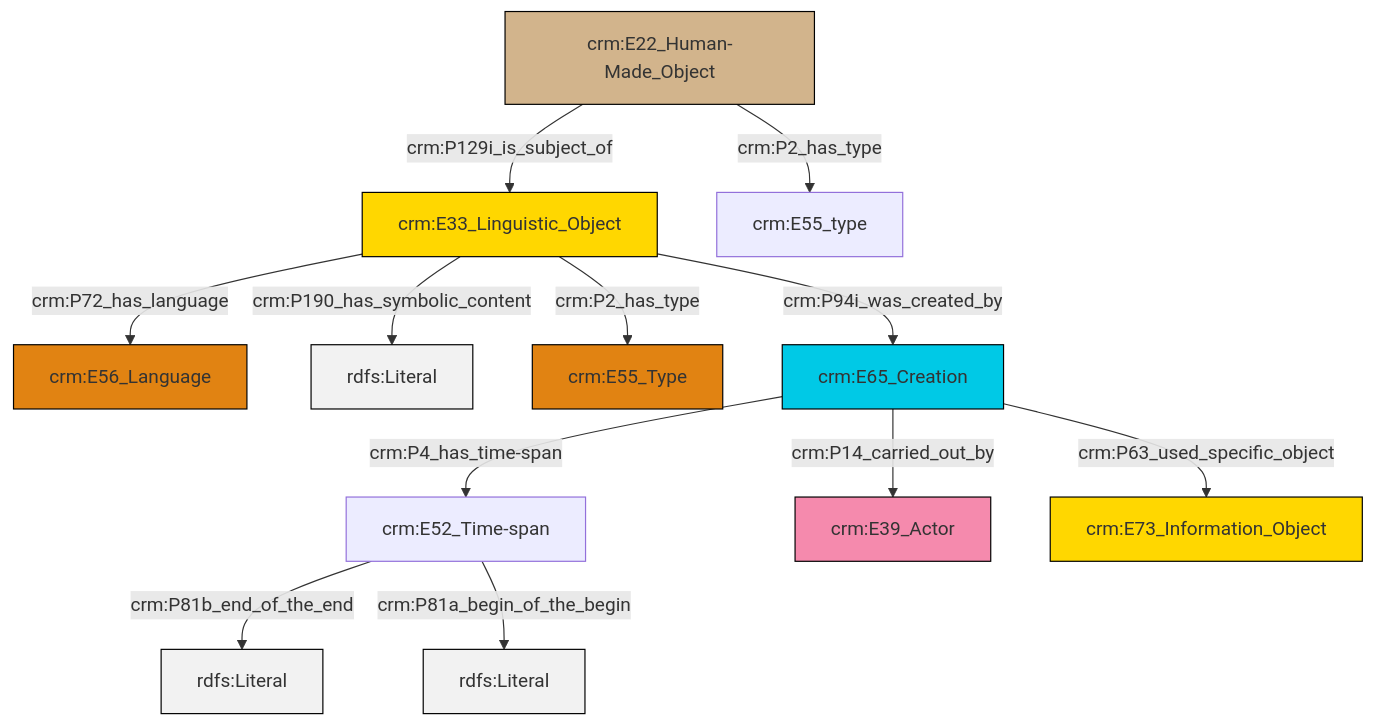
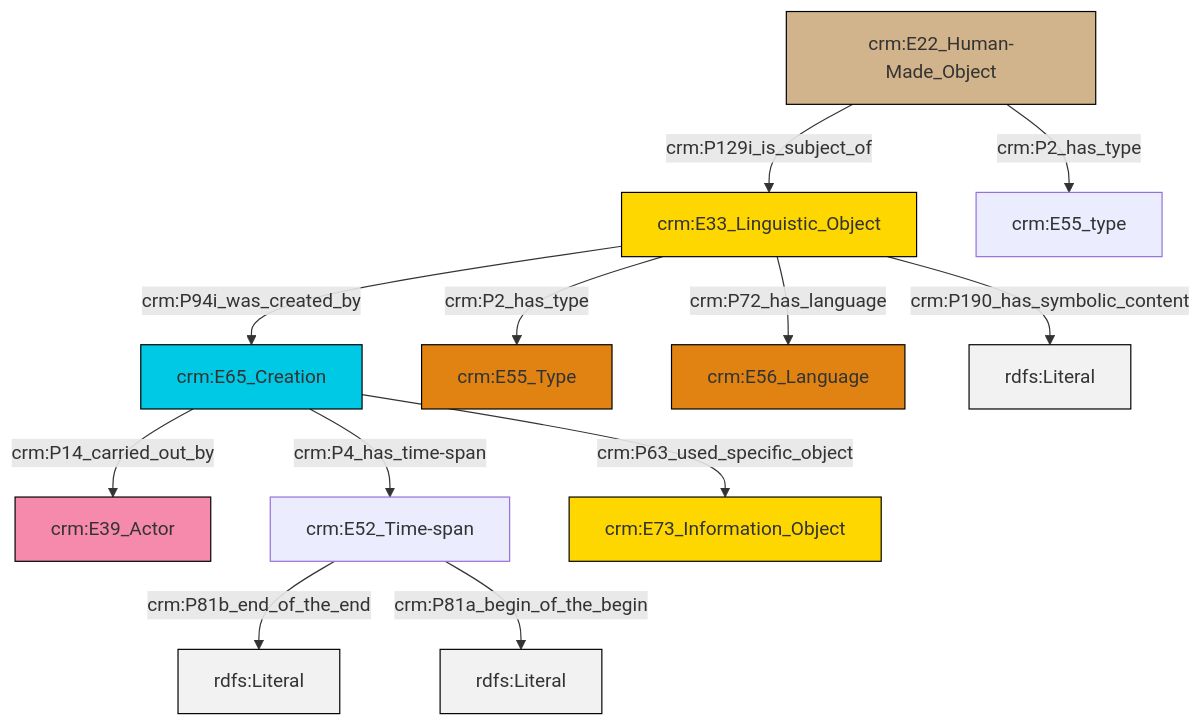
The diagram in et/artworkCSV/ttl/mmd/Artwork_Description.ttl.mmd (swiss-art-research-net/docs.swissartresearch), drawn with Mermaid before and after one commit. The commit also changed 205 other files, not shown here.

```diff
--- a/et/artworkCSV/ttl/mmd/Artwork_Description.ttl.mmd
+++ b/et/artworkCSV/ttl/mmd/Artwork_Description.ttl.mmd
@@ -1,26 +1,26 @@
 graph TD
 classDef Literal fill:#f2f2f2,stroke:#000000;
 classDef CRM_Entity fill:#FFFFFF,stroke:#000000;
 classDef Temporal_Entity fill:#00C9E6, stroke:#000000;
 classDef Type fill:#E18312, stroke:#000000;
 classDef Time-Span fill:#2C9C91, stroke:#000000;
 classDef Appellation fill:#FFEB7F, stroke:#000000;
 classDef Place fill:#008836, stroke:#000000;
 classDef Persistent_Item fill:#B266B2, stroke:#000000;
 classDef Conceptual_Object fill:#FFD700, stroke:#000000;
 classDef Physical_Thing fill:#D2B48C, stroke:#000000;
 classDef Actor fill:#f58aad, stroke:#000000;
 classDef PC_Classes fill:#4ce600, stroke:#000000;
 classDef Multi fill:#cccccc,stroke:#000000;
 
-2["crm:E22_Human-Made_Object"]:::Physical_Thing -->|crm:P2_has_type| 3["crm:E55_type"]:::Default
-0["crm:E33_Linguistic_Object"]:::Conceptual_Object -->|crm:P72_has_language| 4["crm:E56_Language"]:::Type
-0["crm:E33_Linguistic_Object"]:::Conceptual_Object -->|crm:P190_has_symbolic_content| 5[rdfs:Literal]:::Literal
-6["crm:E52_Time-span"]:::Default -->|crm:P81b_end_of_the_end| 7[rdfs:Literal]:::Literal
-6["crm:E52_Time-span"]:::Default -->|crm:P81a_begin_of_the_begin| 8[rdfs:Literal]:::Literal
-11["crm:E65_Creation"]:::Temporal_Entity -->|crm:P14_carried_out_by| 12["crm:E39_Actor"]:::Actor
-0["crm:E33_Linguistic_Object"]:::Conceptual_Object -->|crm:P94i_was_created_by| 11["crm:E65_Creation"]:::Temporal_Entity
-11["crm:E65_Creation"]:::Temporal_Entity -->|crm:P63_used_specific_object| 13["crm:E73_Information_Object"]:::Conceptual_Object
-2["crm:E22_Human-Made_Object"]:::Physical_Thing -->|crm:P129i_is_subject_of| 0["crm:E33_Linguistic_Object"]:::Conceptual_Object
-11["crm:E65_Creation"]:::Temporal_Entity -->|crm:P4_has_time-span| 6["crm:E52_Time-span"]:::Default
-0["crm:E33_Linguistic_Object"]:::Conceptual_Object -->|crm:P2_has_type| 9["crm:E55_Type"]:::Type
+0["crm:E33_Linguistic_Object"]:::Conceptual_Object -->|crm:P94i_was_created_by| 1["crm:E65_Creation"]:::Temporal_Entity
+1["crm:E65_Creation"]:::Temporal_Entity -->|crm:P14_carried_out_by| 2["crm:E39_Actor"]:::Actor
+0["crm:E33_Linguistic_Object"]:::Conceptual_Object -->|crm:P2_has_type| 11["crm:E55_Type"]:::Type
+7["crm:E22_Human-Made_Object"]:::Physical_Thing -->|crm:P129i_is_subject_of| 0["crm:E33_Linguistic_Object"]:::Conceptual_Object
+0["crm:E33_Linguistic_Object"]:::Conceptual_Object -->|crm:P72_has_language| 12["crm:E56_Language"]:::Type
+1["crm:E65_Creation"]:::Temporal_Entity -->|crm:P4_has_time-span| 5["crm:E52_Time-span"]:::Default
+5["crm:E52_Time-span"]:::Default -->|crm:P81b_end_of_the_end| 16[rdfs:Literal]:::Literal
+0["crm:E33_Linguistic_Object"]:::Conceptual_Object -->|crm:P190_has_symbolic_content| 17[rdfs:Literal]:::Literal
+7["crm:E22_Human-Made_Object"]:::Physical_Thing -->|crm:P2_has_type| 14["crm:E55_type"]:::Default
+1["crm:E65_Creation"]:::Temporal_Entity -->|crm:P63_used_specific_object| 9["crm:E73_Information_Object"]:::Conceptual_Object
+5["crm:E52_Time-span"]:::Default -->|crm:P81a_begin_of_the_begin| 20[rdfs:Literal]:::Literal
```
